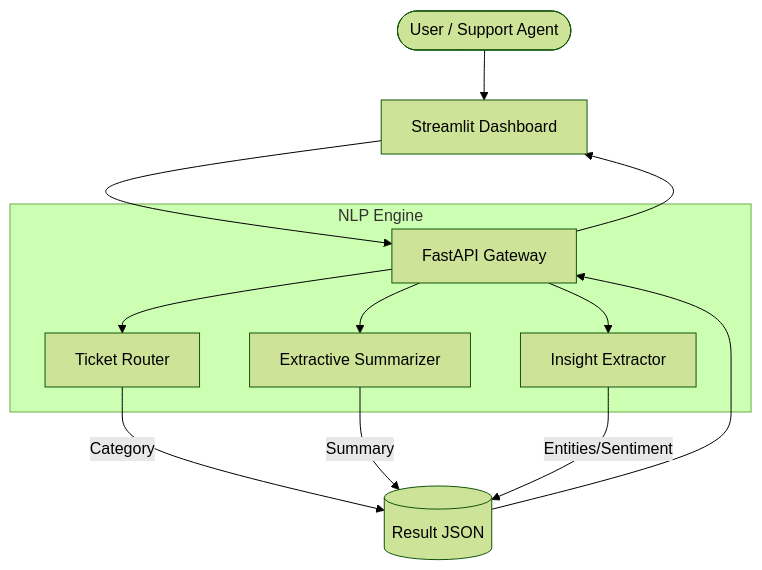
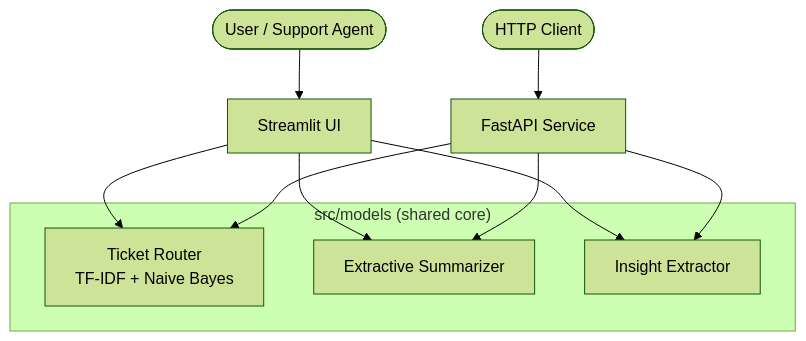
The diagram in docs/architecture.md (CCallahan308/ticket-intel), drawn with Mermaid (forest theme) before and after one commit. The commit also changed other lines of this file and 29 other files, not shown here.

````diff
--- a/docs/architecture.md
+++ b/docs/architecture.md
@@ -11,18 +15,18 @@
 ```mermaid
 graph TD
-    User([User / Support Agent]) --> UI[Streamlit Dashboard]
-    UI --> API[FastAPI Gateway]
-    
-    subgraph NLP Engine
-        API --> Router[Ticket Router]
-        API --> Summarizer[Extractive Summarizer]
-        API --> Insights[Insight Extractor]
+    User([User / Support Agent]) --> UI[Streamlit UI]
+    Client([HTTP Client]) --> API[FastAPI Service]
+
+    subgraph Core["src/models (shared core)"]
+        Router[Ticket Router<br/>TF-IDF + Naive Bayes]
+        Summarizer[Extractive Summarizer]
+        Insights[Insight Extractor]
     end
-    
-    Router --> |Category| Output[(Result JSON)]
-    Summarizer --> |Summary| Output
-    Insights --> |Entities/Sentiment| Output
-    
-    Output --> API
-    API --> UI
+
+    UI --> Router
+    UI --> Summarizer
+    UI --> Insights
+    API --> Router
+    API --> Summarizer
+    API --> Insights
 ```
````
